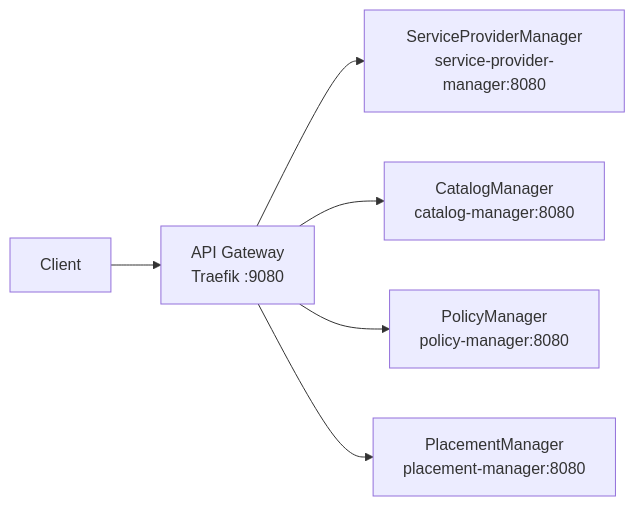
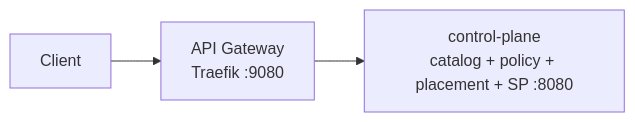
One commit to dcm-project/api-gateway changed the diagram in README.md. Above: the diagram before and after it, drawn with Mermaid. The commit also changed other lines of this file and 17 other files, not shown here.

Commit message:
Route api-gateway to control-plane monolith. Replace four manager services in compose and helm with one control-plane image. Keep Traefik on :9080; update routes, postgres init, and docs. Assisted-By: Claude (Anthropic)

````diff
--- a/README.md
+++ b/README.md
@@ -12,8 +12,5 @@
 ```mermaid
 flowchart LR
   Client --> Gateway["API Gateway<br>Traefik :9080"]
-  Gateway --> SPM["ServiceProviderManager<br>service-provider-manager:8080"]
-  Gateway --> Catalog["CatalogManager<br>catalog-manager:8080"]
-  Gateway --> Policy["PolicyManager<br>policy-manager:8080"]
-  Gateway --> Placement["PlacementManager<br>placement-manager:8080"]
+  Gateway --> CP["control-plane<br>catalog + policy + placement + SP :8080"]
 ```
````
